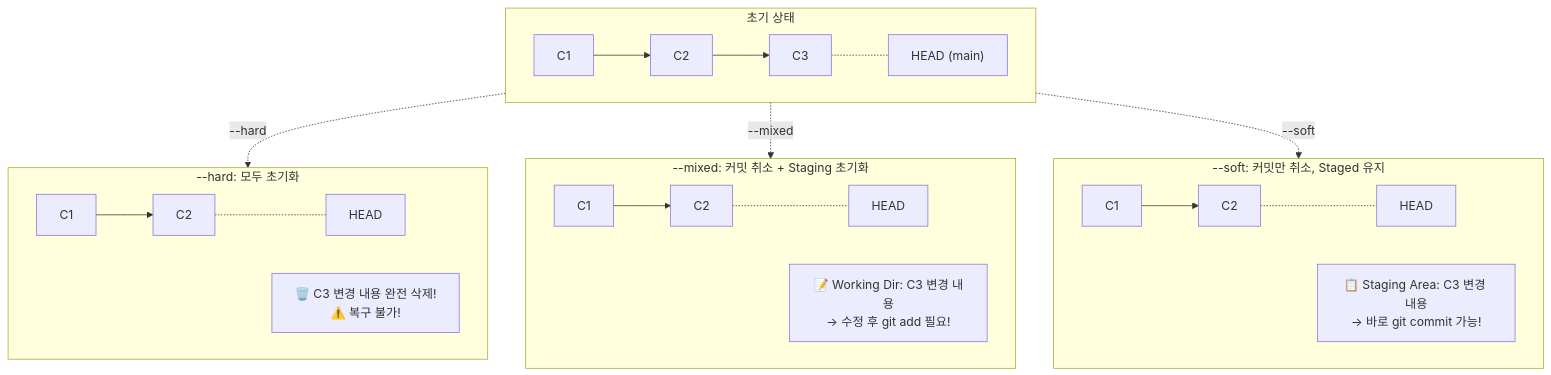
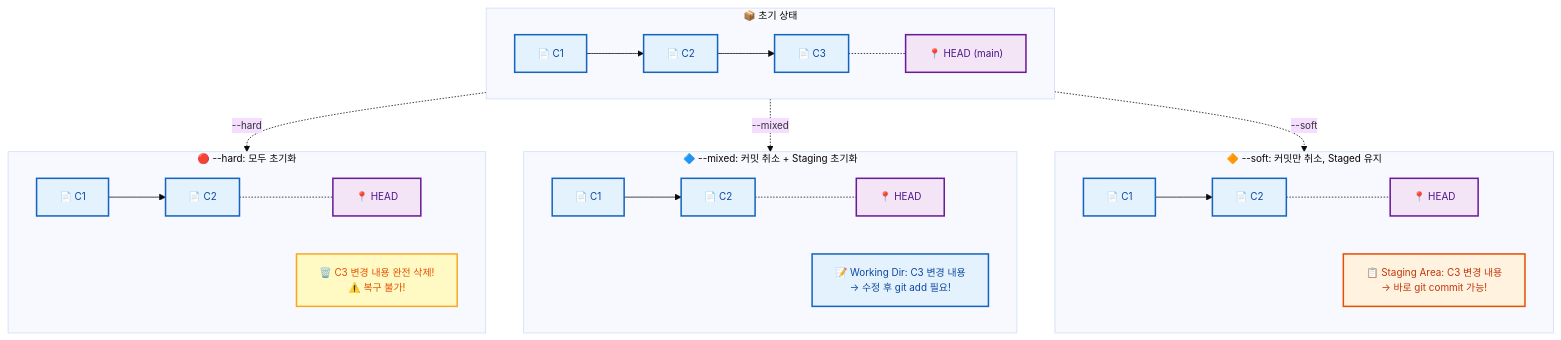
The fourth of 6 diagrams in git/04_변경_되돌리기/01_Reset과_Revert.md (jingu279/Document), drawn with Mermaid before and after one commit. The commit also changed other lines of this file and 24 other files, not shown here.

First line of the commit message:
Git 문서 전체 Mermaid 다이어그램 스타일링 통일

````diff
--- a/git/04_변경_되돌리기/01_Reset과_Revert.md
+++ b/git/04_변경_되돌리기/01_Reset과_Revert.md
@@ -49,33 +58,40 @@
 ```mermaid
+%%{init: {'theme': 'base', 'themeVariables': {'fontSize': '13px'}}}%%
 flowchart TB
-  subgraph Initial[초기 상태]
+  classDef main fill:#fff3e0,stroke:#e65100,stroke-width:2px,color:#bf360c
+  classDef sub fill:#e8f5e9,stroke:#2e7d32,stroke-width:2px,color:#1b5e20
+  classDef proc fill:#e3f2fd,stroke:#1565c0,stroke-width:2px,color:#0d47a1
+  classDef decision fill:#fff9c4,stroke:#f9a825,stroke-width:2px,color:#e65100
+  classDef highlight fill:#f3e5f5,stroke:#6a1b9a,stroke-width:2px,color:#4a148c
+
+  subgraph Initial[📦 초기 상태]
     direction LR
-    C1a[C1] --> C2a[C2] --> C3a[C3]
-    C3a -.- H1["HEAD (main)"]
+    C1a["📄 C1"]:::proc --> C2a["📄 C2"]:::proc --> C3a["📄 C3"]:::proc
+    C3a -.- H1["📍 HEAD (main)"]:::highlight
   end
 
-  subgraph Soft["--soft: 커밋만 취소, Staged 유지"]
+  subgraph Soft["🔶 --soft: 커밋만 취소, Staged 유지"]
     direction LR
-    C1b[C1] --> C2b[C2]
-    C2b -.- H2["HEAD"]
-    S1["📋 Staging Area: C3 변경 내용<br/>→ 바로 git commit 가능!"]
+    C1b["📄 C1"]:::proc --> C2b["📄 C2"]:::proc
+    C2b -.- H2["📍 HEAD"]:::highlight
+    S1["📋 Staging Area: C3 변경 내용<br/>→ 바로 git commit 가능!"]:::main
   end
 
-  subgraph Mixed["--mixed: 커밋 취소 + Staging 초기화"]
+  subgraph Mixed["🔷 --mixed: 커밋 취소 + Staging 초기화"]
     direction LR
-    C1c[C1] --> C2c[C2]
-    C2c -.- H3["HEAD"]
-    S2["📝 Working Dir: C3 변경 내용<br/>→ 수정 후 git add 필요!"]
+    C1c["📄 C1"]:::proc --> C2c["📄 C2"]:::proc
+    C2c -.- H3["📍 HEAD"]:::highlight
+    S2["📝 Working Dir: C3 변경 내용<br/>→ 수정 후 git add 필요!"]:::proc
   end
 
-  subgraph Hard["--hard: 모두 초기화"]
+  subgraph Hard["🔴 --hard: 모두 초기화"]
     direction LR
-    C1d[C1] --> C2d[C2]
-    C2d -.- H4["HEAD"]
-    S3["🗑️ C3 변경 내용 완전 삭제!<br/>⚠️ 복구 불가!"]
+    C1d["📄 C1"]:::proc --> C2d["📄 C2"]:::proc
+    C2d -.- H4["📍 HEAD"]:::highlight
+    S3["🗑️ C3 변경 내용 완전 삭제!<br/>⚠️ 복구 불가!"]:::decision
   end
 
   C3a -.->|--soft| C1b
   C3a -.->|--mixed| C1c
   C3a -.->|--hard| C1d
 ```
````
